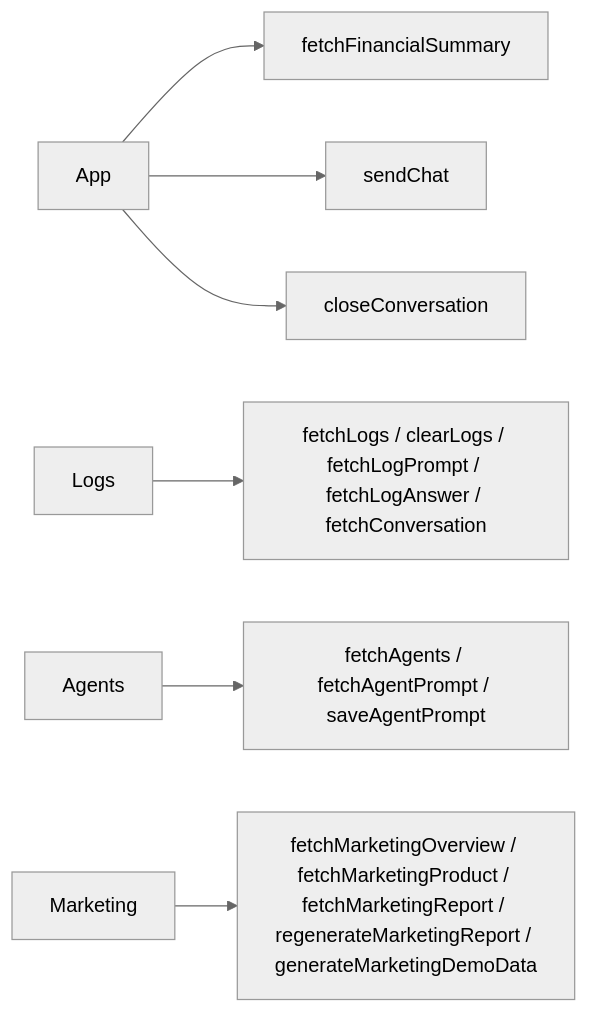
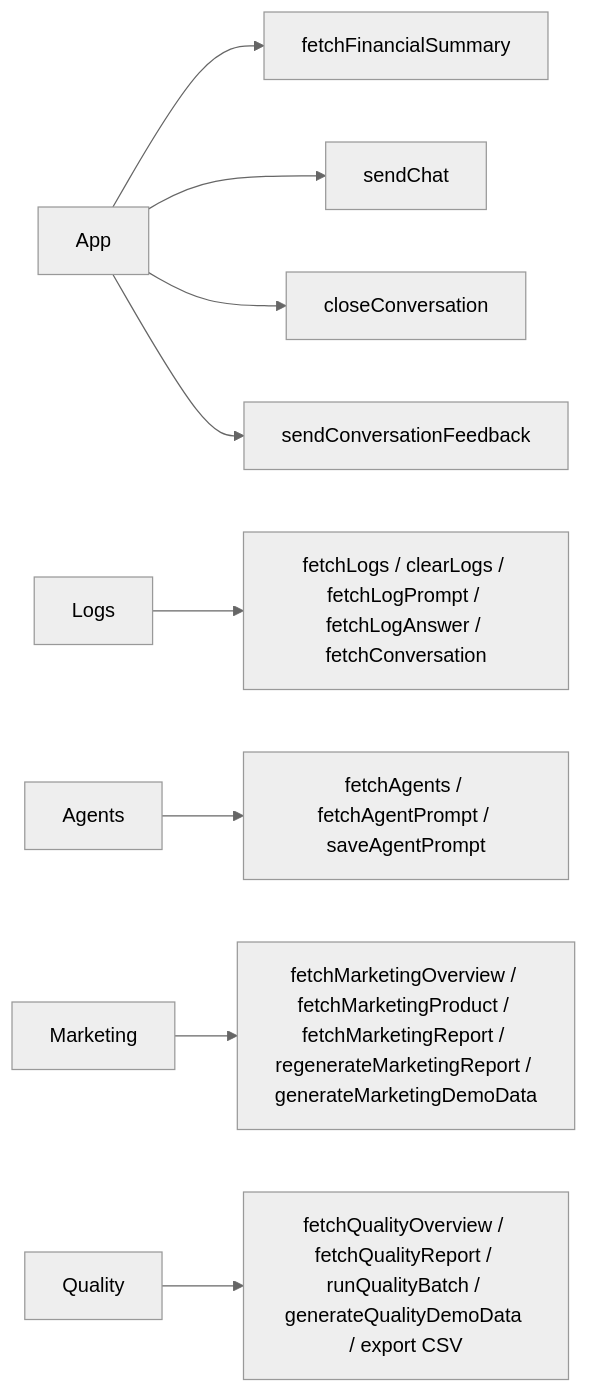
Before and after one commit to gamer2000fr-coder/financial-coach: the fourth of 4 diagrams in docs/doc-technique.md, drawn with Mermaid (neutral theme). The commit also changed other lines of this file and 92 other files, not shown here.

````diff
--- a/docs/doc-technique.md
+++ b/docs/doc-technique.md
@@ -420,9 +460,11 @@
 ```mermaid
 flowchart LR
     A[App] --> B[fetchFinancialSummary]
     A --> C[sendChat]
     A --> F[closeConversation]
+    A --> Q[sendConversationFeedback]
     L[Logs] --> D[fetchLogs / clearLogs / fetchLogPrompt / fetchLogAnswer / fetchConversation]
     G[Agents] --> E[fetchAgents / fetchAgentPrompt / saveAgentPrompt]
     M[Marketing] --> N[fetchMarketingOverview / fetchMarketingProduct / fetchMarketingReport / regenerateMarketingReport / generateMarketingDemoData]
+    S[Quality] --> T[fetchQualityOverview / fetchQualityReport / runQualityBatch / generateQualityDemoData / export CSV]
 ```
````
